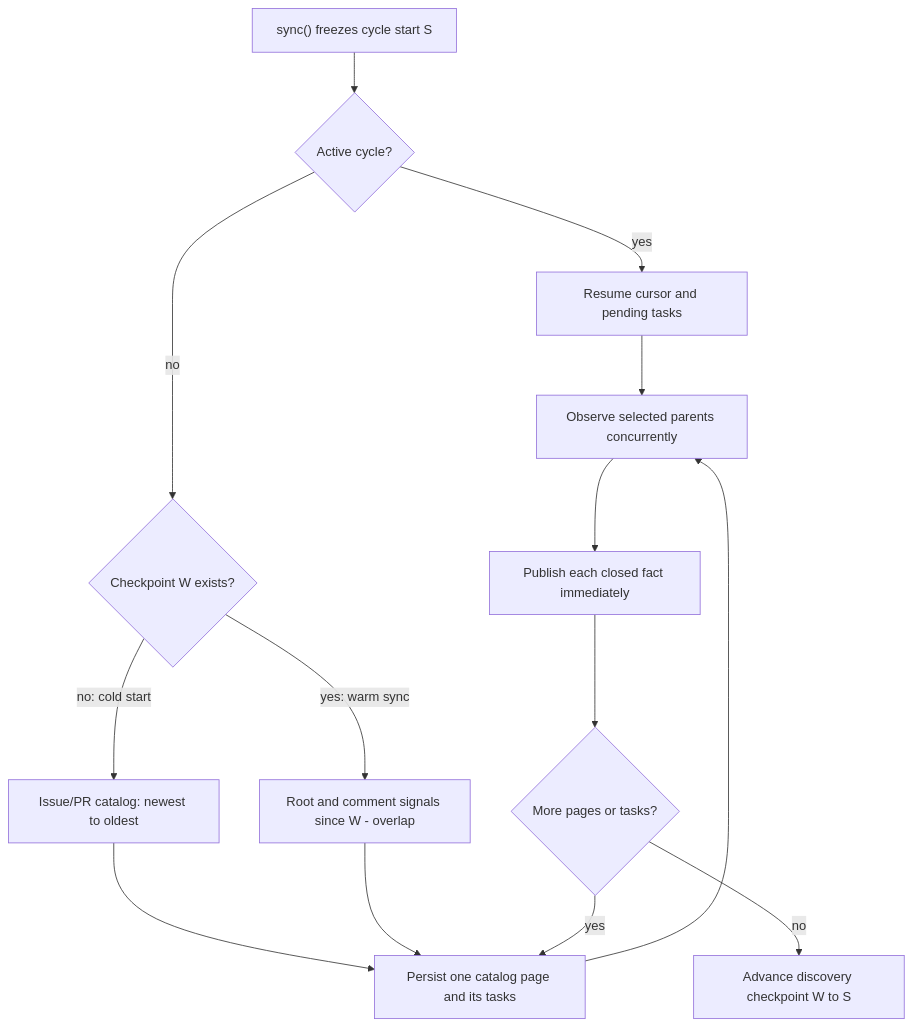
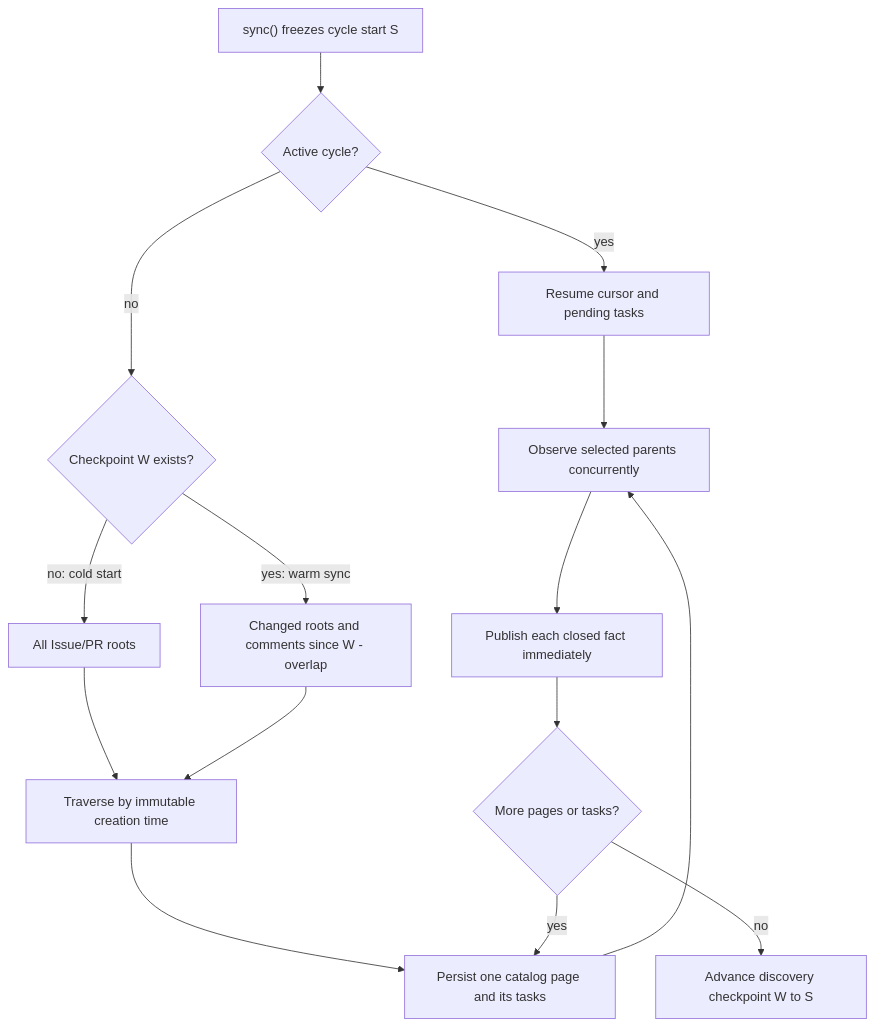
One commit to Delva0/gh-puller changed the diagram in docs/github-puller.md. Above: the diagram before and after it, drawn with Mermaid. The commit also changed other lines of this file and 2 other files, not shown here.

Commit message:
fix(github): stabilize incremental discovery order

````diff
--- a/docs/github-puller.md
+++ b/docs/github-puller.md
@@ -149,16 +149,17 @@
 ```mermaid
 flowchart TD
     Call["sync() freezes cycle start S"] --> Resume{"Active cycle?"}
     Resume -- "yes" --> Durable["Resume cursor and pending tasks"]
     Resume -- "no" --> Previous{"Checkpoint W exists?"}
-    Previous -- "no: cold start" --> Cold["Issue/PR catalog: newest to oldest"]
-    Previous -- "yes: warm sync" --> Signals["Root and comment signals since W - overlap"]
-    Cold --> Page["Persist one catalog page and its tasks"]
-    Signals --> Page
+    Previous -- "no: cold start" --> Cold["All Issue/PR roots"]
+    Previous -- "yes: warm sync" --> Signals["Changed roots and comments since W - overlap"]
+    Cold --> Order["Traverse by immutable creation time"]
+    Signals --> Order
+    Order --> Page["Persist one catalog page and its tasks"]
     Page --> Consume["Observe selected parents concurrently"]
     Consume --> Publish["Publish each closed fact immediately"]
     Publish --> More{"More pages or tasks?"}
     More -- "yes" --> Page
     More -- "no" --> Checkpoint["Advance discovery checkpoint W to S"]
     Durable --> Consume
 ```
````
